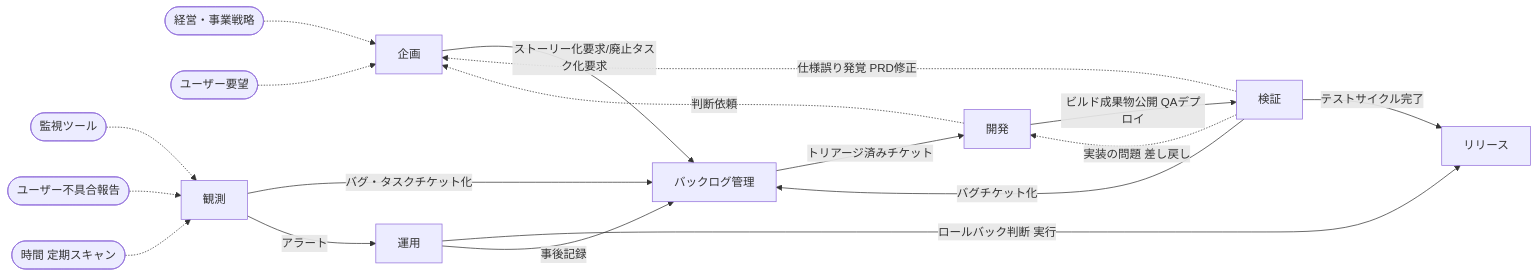
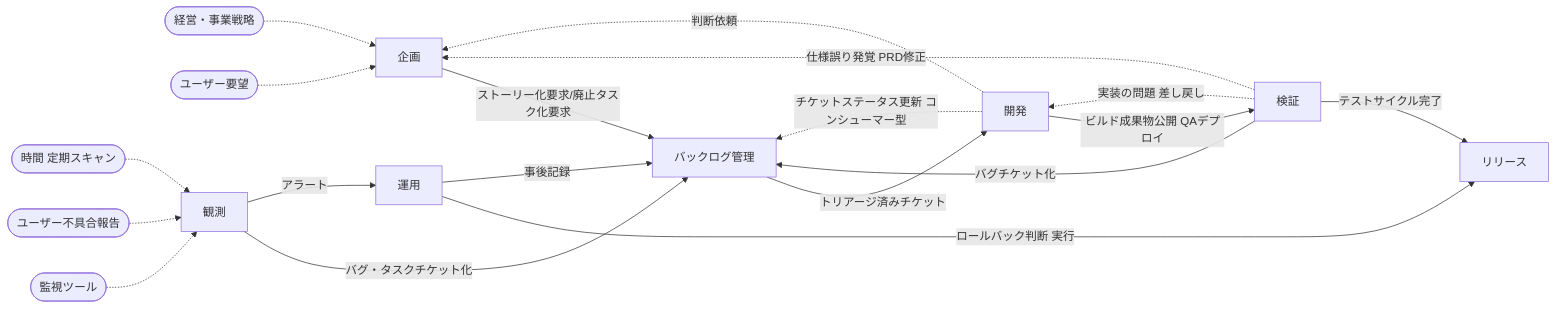
Before and after one commit to kuchita-el/claude-shared-skills: the second of 2 diagrams in docs/big-picture.md, drawn with Mermaid. The commit also changed other lines of this file and 1 other file, not shown here.

````diff
--- a/docs/big-picture.md
+++ b/docs/big-picture.md
@@ -226,21 +227,22 @@
 ```mermaid
 graph LR
     外部1([経営・事業戦略]) -.-> 企画
     外部2([ユーザー要望]) -.-> 企画
     外部3([監視ツール]) -.-> 観測
     外部4([ユーザー不具合報告]) -.-> 観測
     外部5([時間 定期スキャン]) -.-> 観測
 
     企画 -->|ストーリー化要求/廃止タスク化要求| BL[バックログ管理]
     観測 -->|バグ・タスクチケット化| BL
     観測 -->|アラート| 運用
     検証 -->|バグチケット化| BL
     検証 -.->|仕様誤り発覚 PRD修正| 企画
     検証 -.->|実装の問題 差し戻し| 開発
     運用 -->|ロールバック判断 実行| リリース
     運用 -->|事後記録| BL
     BL -->|トリアージ済みチケット| 開発
     開発 -->|ビルド成果物公開 QAデプロイ| 検証
     検証 -->|テストサイクル完了| リリース
     開発 -.->|判断依頼| 企画
+    開発 -.->|チケットステータス更新 コンシューマー型| BL
 ```
````
